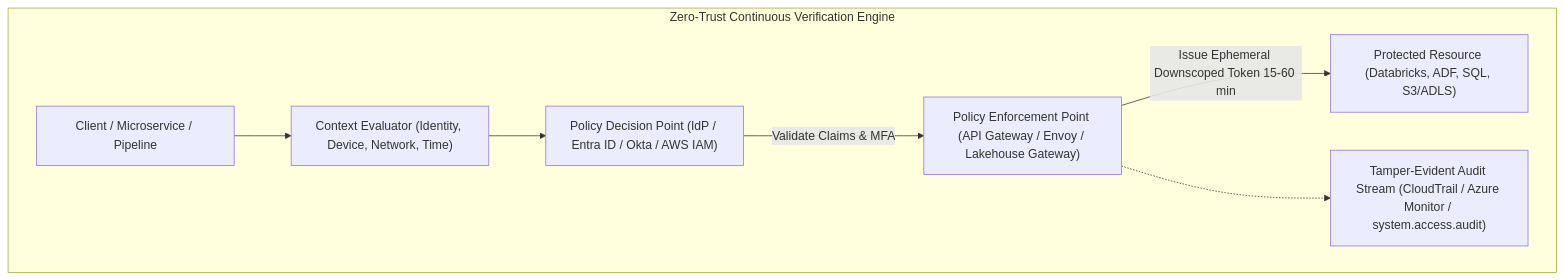
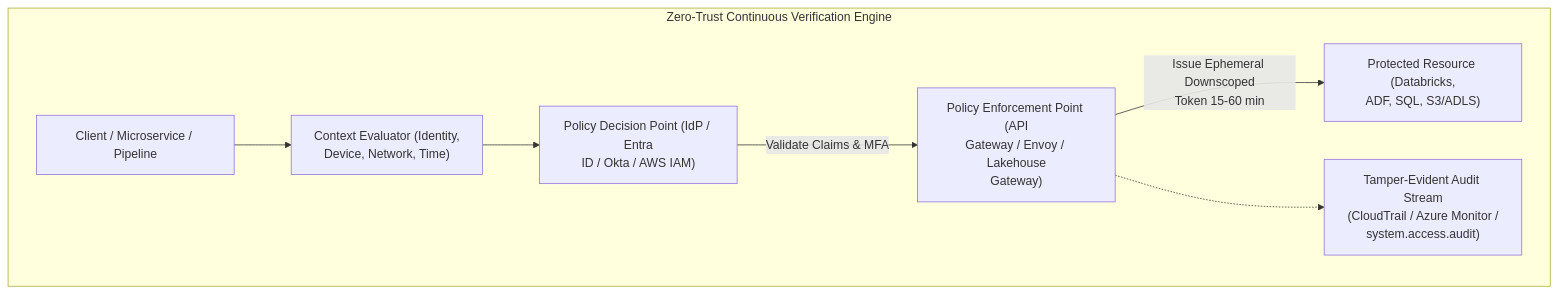
One commit to santoshjammi29/security-handbook changed the diagram in README.md. Above: the diagram before and after it, drawn with Mermaid. The commit also changed 22 other files, not shown here.

Commit message:
fix(diagrams): word-wrap labels and escape comparison operators across all diagrams

````diff
--- a/README.md
+++ b/README.md
@@ -65,10 +65,10 @@
 ```mermaid
 flowchart TD
     subgraph ZeroTrustFlow["Zero-Trust Continuous Verification Engine"]
-        User["Client / Microservice / Pipeline"] --> Context["Context Evaluator (Identity, Device, Network, Time)"]
-        Context --> PDP["Policy Decision Point (IdP / Entra ID / Okta / AWS IAM)"]
-        PDP -->|Validate Claims & MFA| PEP["Policy Enforcement Point (API Gateway / Envoy / Lakehouse Gateway)"]
-        PEP -->|Issue Ephemeral Downscoped Token 15-60 min| Resource["Protected Resource (Databricks, ADF, SQL, S3/ADLS)"]
-        PEP -.-> Audit["Tamper-Evident Audit Stream (CloudTrail / Azure Monitor / system.access.audit)"]
+        User["Client / Microservice / Pipeline"] --> Context["Context Evaluator (Identity,<br/>Device, Network, Time)"]
+        Context --> PDP["Policy Decision Point (IdP / Entra<br/>ID / Okta / AWS IAM)"]
+        PDP -->|"Validate Claims & MFA"| PEP["Policy Enforcement Point (API<br/>Gateway / Envoy / Lakehouse<br/>Gateway)"]
+        PEP -->|"Issue Ephemeral Downscoped<br/>Token 15-60 min"| Resource["Protected Resource (Databricks,<br/>ADF, SQL, S3/ADLS)"]
+        PEP -.-> Audit["Tamper-Evident Audit Stream<br/>(CloudTrail / Azure Monitor /<br/>system.access.audit)"]
     end
 ```
````
